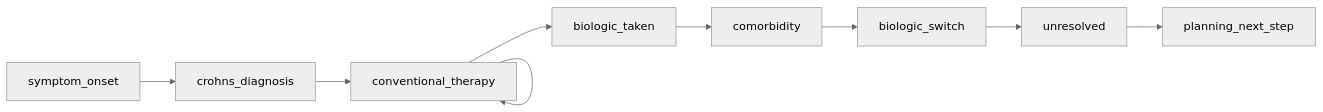
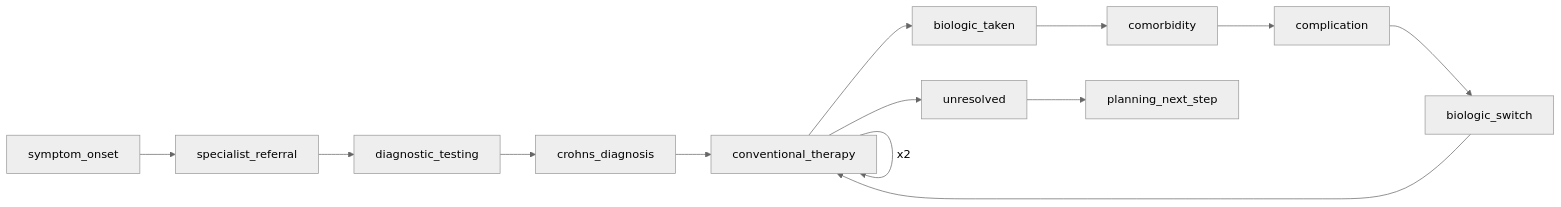
Before and after one commit to carecodeconnect/crohnicity: diagram 35 of 50 in docs/referral_pathways.md, drawn with Mermaid. The commit also changed other lines of this file and 107 other files, not shown here.

````diff
--- a/docs/referral_pathways.md
+++ b/docs/referral_pathways.md
@@ -1251,20 +1293,27 @@
 ``` mermaid
 %%{init: {'theme':'neutral'}}%%
 flowchart LR
     n0["symptom_onset"]
-    n1["crohns_diagnosis"]
-    n2["conventional_therapy"]
-    n3["biologic_taken"]
-    n4["comorbidity"]
-    n5["biologic_switch"]
-    n6["unresolved"]
-    n7["planning_next_step"]
+    n1["specialist_referral"]
+    n2["diagnostic_testing"]
+    n3["crohns_diagnosis"]
+    n4["conventional_therapy"]
+    n5["biologic_taken"]
+    n6["comorbidity"]
+    n7["complication"]
+    n8["biologic_switch"]
+    n9["unresolved"]
+    n10["planning_next_step"]
     n0 -->n1
     n1 -->n2
-    n2 -->n2
     n2 -->n3
     n3 -->n4
+    n4 -->|x2| n4
     n4 -->n5
     n5 -->n6
     n6 -->n7
+    n7 -->n8
+    n8 -->n4
+    n4 -->n9
+    n9 -->n10
 ```
````
